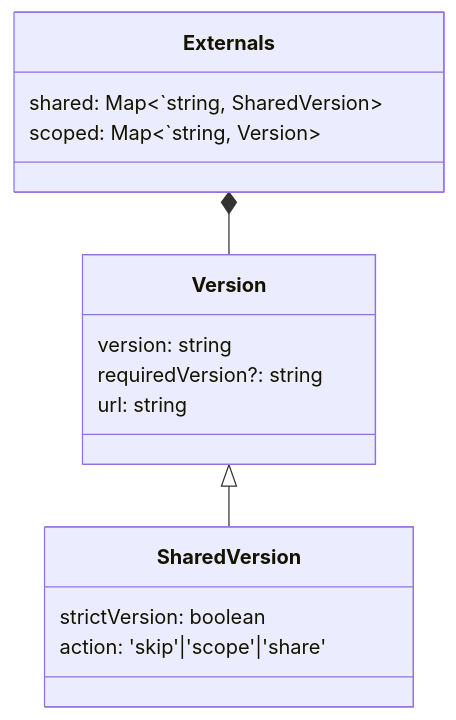
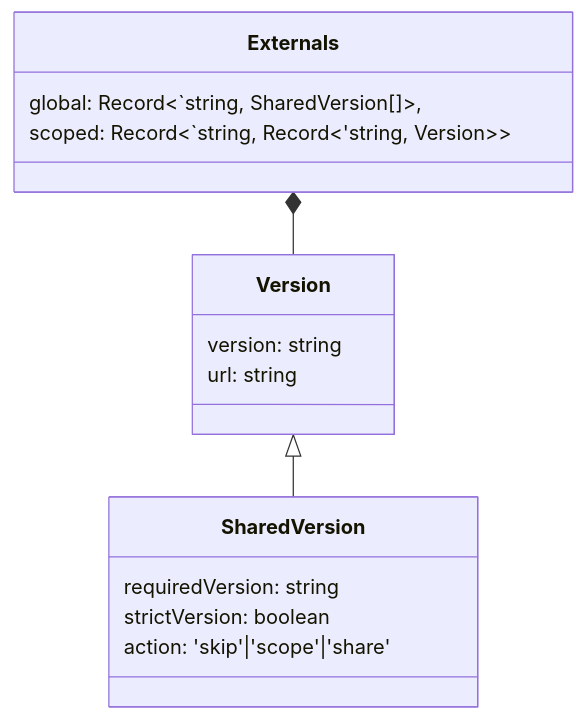
One commit to topicusonderwijs/vanilla-native-federation changed the diagram in docs/domain/externals.md. Above: the diagram before and after it, drawn with Mermaid. The commit also changed other lines of this file and 5 other files, not shown here.

````diff
--- a/docs/domain/externals.md
+++ b/docs/domain/externals.md
@@ -8,21 +8,21 @@
 ```mermaid
 classDiagram
     Externals *-- Version
     Version <|-- SharedVersion
 
     class Externals {
-        shared: Map<`string, SharedVersion>
-        scoped: Map<`string, Version>
+        global: Record<`string, SharedVersion[]>,
+        scoped: Record<`string, Record<'string, Version>>
     }
     class Version{
         version: string
-        requiredVersion?: string
         url: string
     }
     class SharedVersion{
+        requiredVersion: string
         strictVersion: boolean
         action: 'skip'|'scope'|'share'
     }   
 a
 
 ```
````
